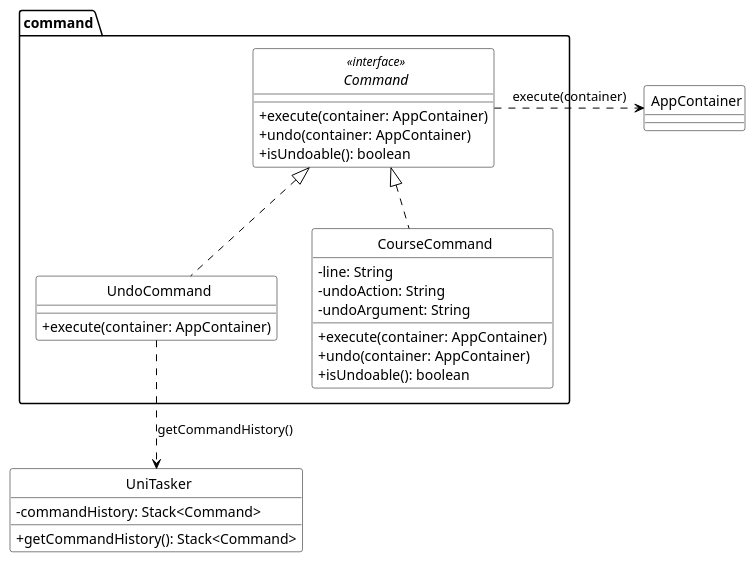
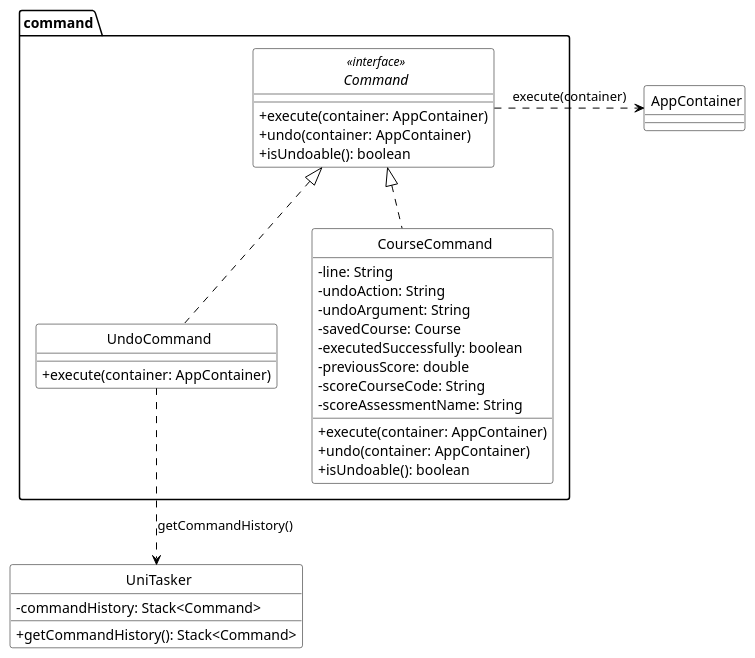
The diagram in docs/puml/UndoClassDiagram.puml (sushmiithaa/tp), drawn with PlantUML before and after one commit. The commit also changed 5 other files, not shown here.

Commit message:
Updated Class and Sequence diagrams

```diff
--- a/docs/puml/UndoClassDiagram.puml
+++ b/docs/puml/UndoClassDiagram.puml
@@ -1,46 +1,51 @@
 @startuml
 skinparam classAttributeIconSize 0
 skinparam CircledCharacterFontSize 0
 skinparam CircledCharacterRadius 0
 skinparam class {
     BackgroundColor White
     BorderColor Black
     ArrowColor Black
 }
 
 package "command" {
 
 interface Command <<interface>> {
     + execute(container: AppContainer)
     + undo(container: AppContainer)
     + isUndoable(): boolean
 }
 
 class "UndoCommand" as UndoCommand {
     + execute(container: AppContainer)
 }
 
 class "CourseCommand" as CourseCommand {
     - line: String
     - undoAction: String
     - undoArgument: String
+    - savedCourse: Course
+    - executedSuccessfully: boolean
+    - previousScore: double
+    - scoreCourseCode: String
+    - scoreAssessmentName: String
     + execute(container: AppContainer)
     + undo(container: AppContainer)
     + isUndoable(): boolean
 }
 
 }
 
 class "UniTasker" as UniTasker {
     - commandHistory: Stack<Command>
     + getCommandHistory(): Stack<Command>
 }
 
 class "AppContainer" as AppContainer
 
 Command <|.. UndoCommand
 Command <|.. CourseCommand
 UndoCommand ..> UniTasker : getCommandHistory()
 Command .right.> AppContainer : execute(container)
 
 @enduml
```
